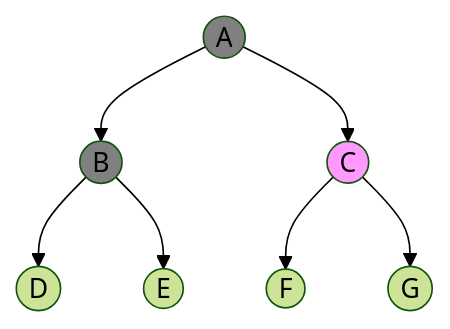
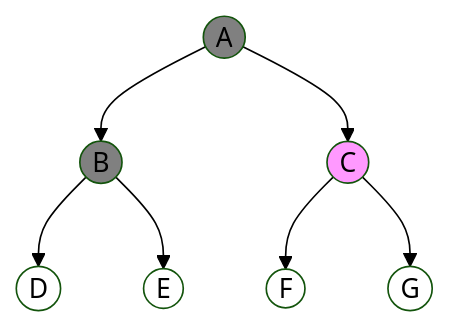
The third of 22 diagrams in _posts/2020-04-20-Uninformed-Search-Strategies.md (gurpreet-ai/gurpreet-ai.github.io), drawn with Mermaid (forest theme) before and after one commit. The commit also changed other lines of this file and 3 other files, not shown here.

````diff
--- a/_posts/2020-04-20-Uninformed-Search-Strategies.md
+++ b/_posts/2020-04-20-Uninformed-Search-Strategies.md
@@ -40,12 +46,16 @@
 ```mermaid
 graph TB
 A((A)) --> B((B))
 A --> C((C))
 B --> D((D))
 B --> E((E))
 C --> F((F))
 C --> G((G))
 style A fill:#808080
 style B fill:#808080
 style C fill:#f9f
+style D fill:white
+style E fill:white
+style F fill:white
+style G fill:white
 ```
````
